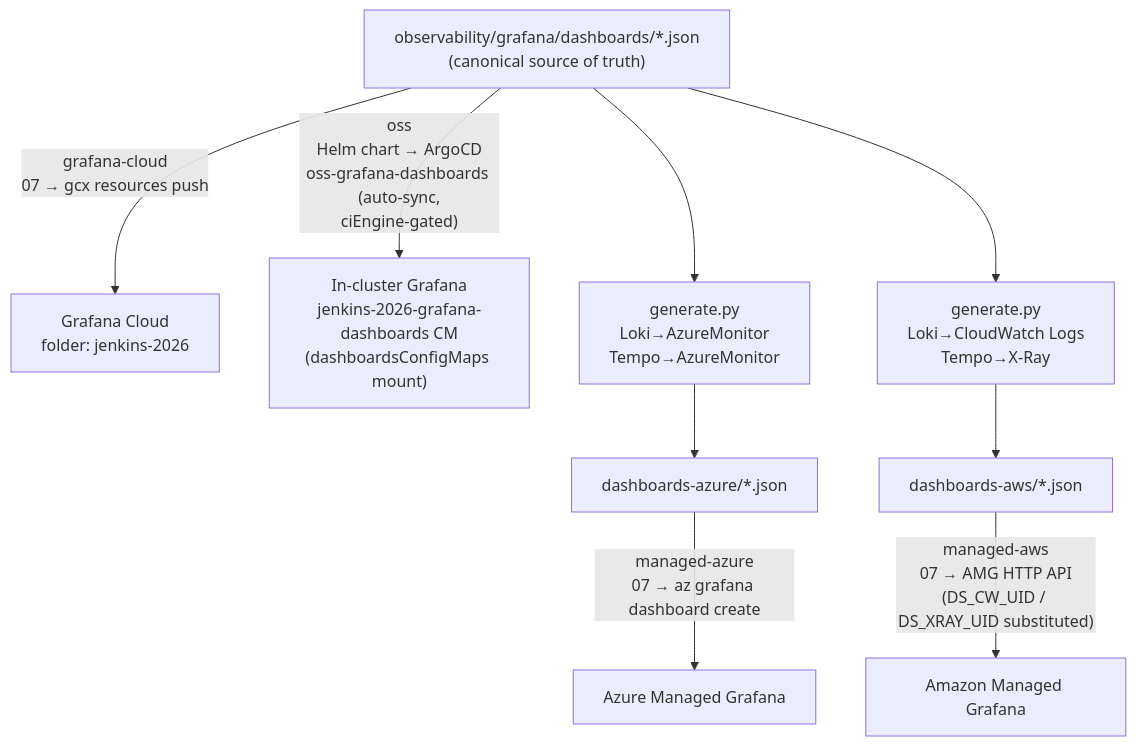
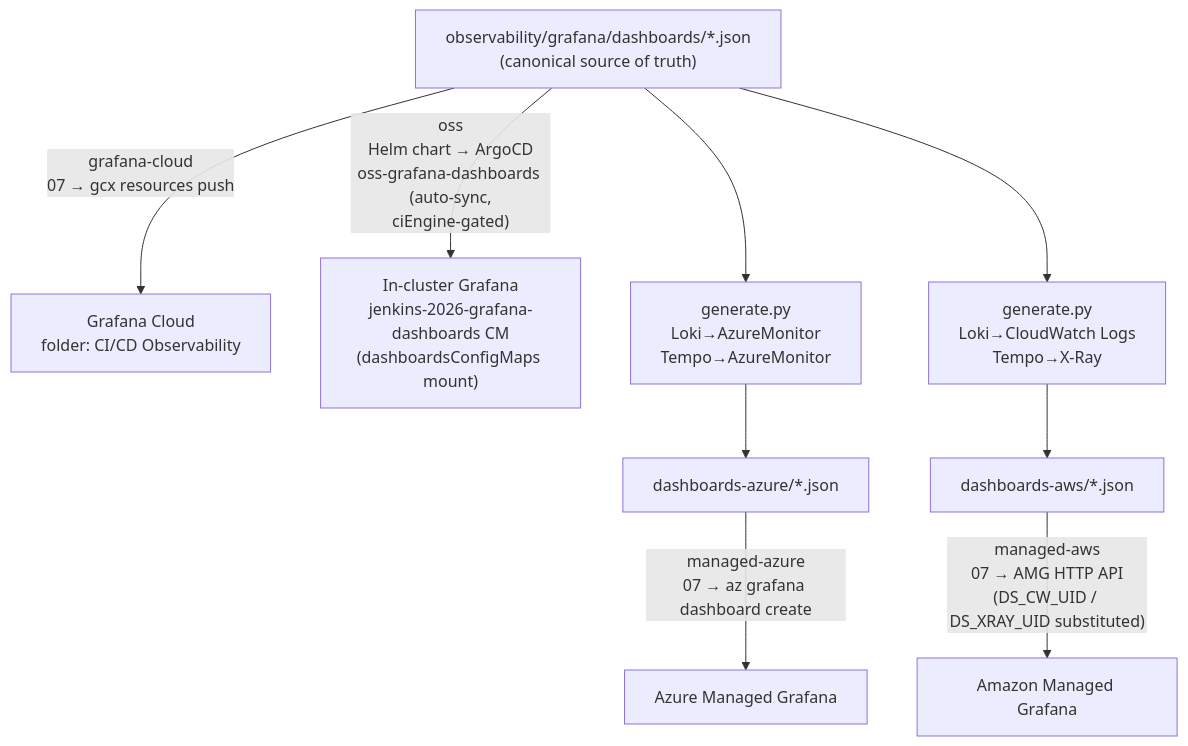
Before and after one commit to nubenetes/jenkins-2026: the fourth of 6 diagrams in docs/301-OBSERVABILITY.md, drawn with Mermaid. The commit also changed other lines of this file and 4 other files, not shown here.

First line of the commit message:
refactor(grafana): rename folders to engine-neutral CI/CD Observability + CI/CD Alerts

````diff
--- a/docs/301-OBSERVABILITY.md
+++ b/docs/301-OBSERVABILITY.md
@@ -280,16 +280,16 @@
 ```mermaid
 flowchart TD
   SRC["observability/grafana/dashboards/*.json\n(canonical source of truth)"]
 
-  SRC -->|"grafana-cloud\n07 → gcx resources push"| GC["Grafana Cloud\nfolder: jenkins-2026"]
+  SRC -->|"grafana-cloud\n07 → gcx resources push"| GC["Grafana Cloud\nfolder: CI/CD Observability"]
   SRC -->|"oss\nHelm chart → ArgoCD\noss-grafana-dashboards (auto-sync,\nciEngine-gated)"| OSS["In-cluster Grafana\njenkins-2026-grafana-dashboards CM\n(dashboardsConfigMaps mount)"]
 
   GEN_AZ["generate.py\nLoki→AzureMonitor\nTempo→AzureMonitor"]
   GEN_AWS["generate.py\nLoki→CloudWatch Logs\nTempo→X-Ray"]
 
   SRC --> GEN_AZ --> AZ["dashboards-azure/*.json"]
   SRC --> GEN_AWS --> AWS["dashboards-aws/*.json"]
 
   AZ -->|"managed-azure\n07 → az grafana dashboard create"| AMG_AZ["Azure Managed Grafana"]
   AWS -->|"managed-aws\n07 → AMG HTTP API\n(DS_CW_UID / DS_XRAY_UID substituted)"| AMG_AWS["Amazon Managed Grafana"]
 ```
````
